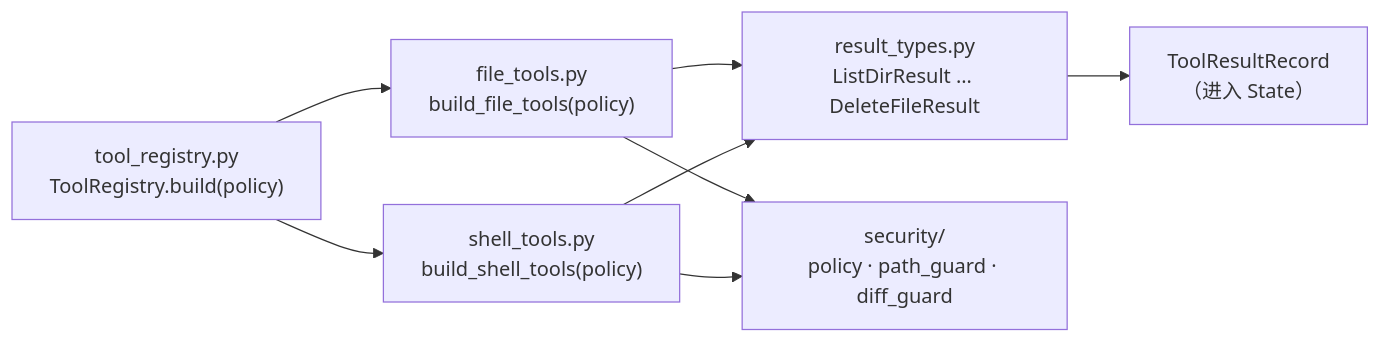
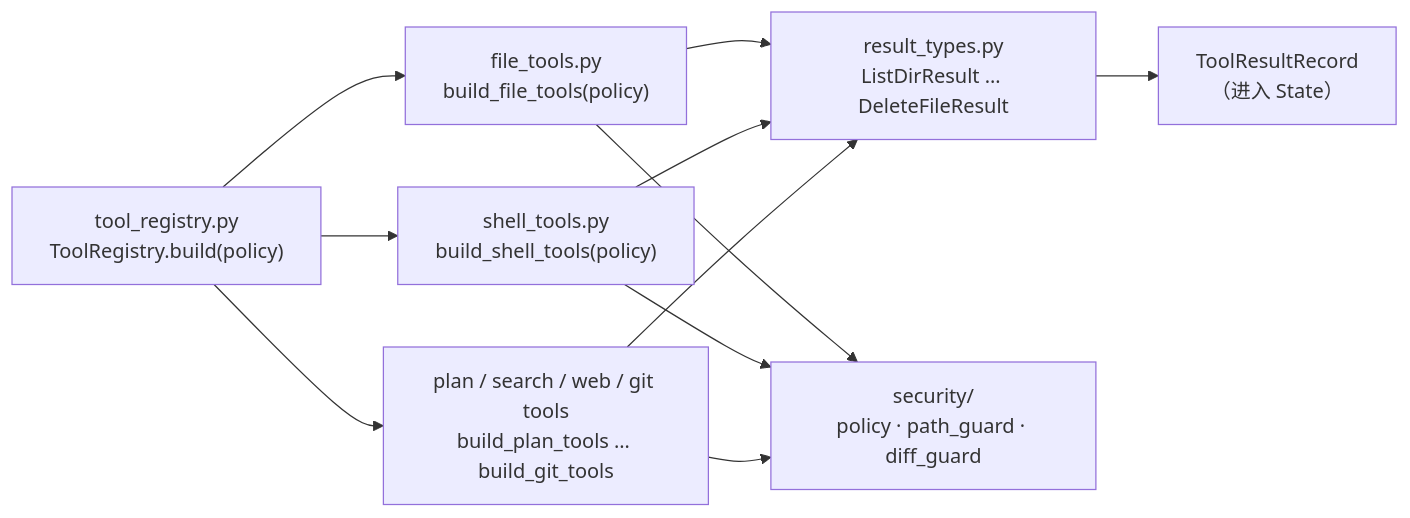
One commit to LaoTouAiLe/chaiai changed the first of 2 diagrams in docs/lessons/08-tools.md. Above: the diagram before and after it, drawn with Mermaid. The commit also changed other lines of this file and 27 other files, not shown here.

````diff
--- a/docs/lessons/08-tools.md
+++ b/docs/lessons/08-tools.md
@@ -39,10 +44,13 @@
 ```mermaid
 graph LR
     A["tool_registry.py<br/>ToolRegistry.build(policy)"] --> B["file_tools.py<br/>build_file_tools(policy)"]
     A --> C["shell_tools.py<br/>build_shell_tools(policy)"]
+    A --> G["plan / search / web / git tools<br/>build_plan_tools … build_git_tools"]
     B --> D["result_types.py<br/>ListDirResult … DeleteFileResult"]
     C --> D
+    G --> D
     D --> E["ToolResultRecord<br/>（进入 State）"]
     B --> F["security/<br/>policy · path_guard · diff_guard"]
     C --> F
+    G --> F
 ```
````
